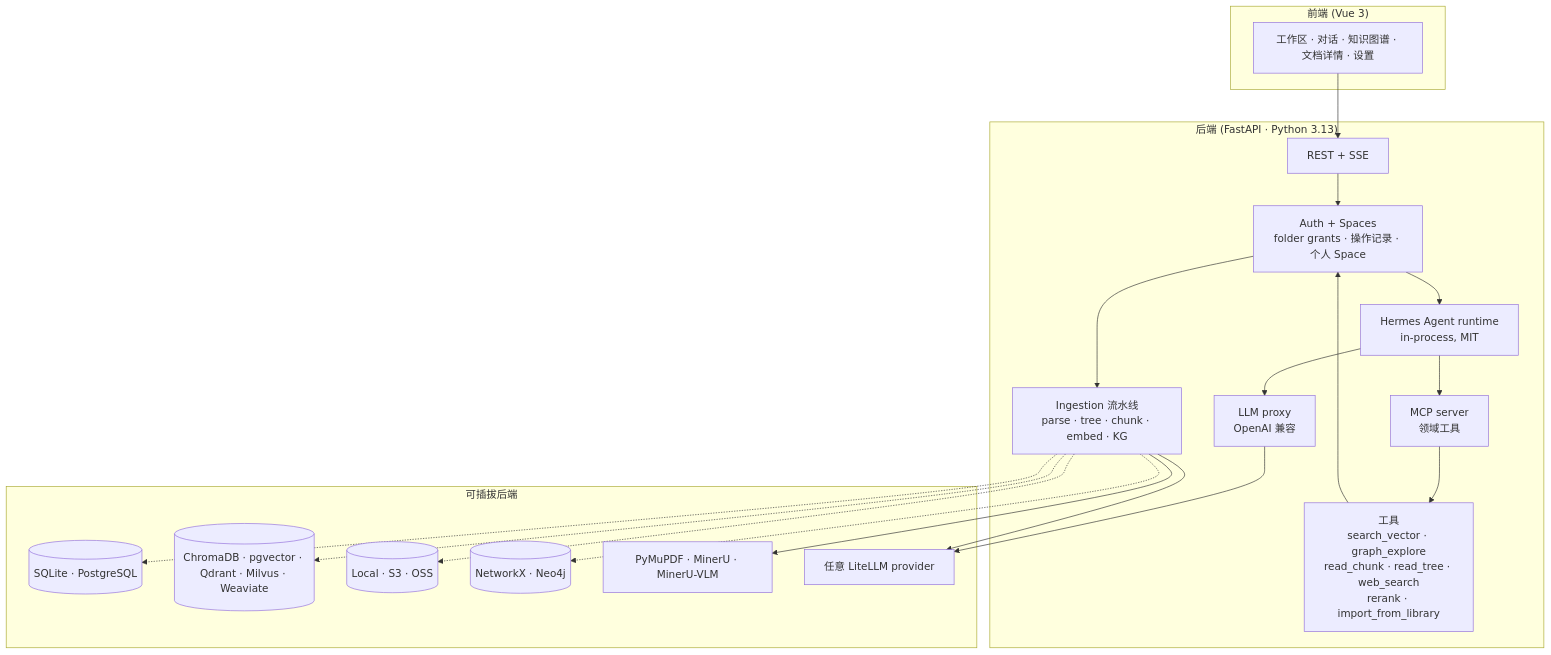
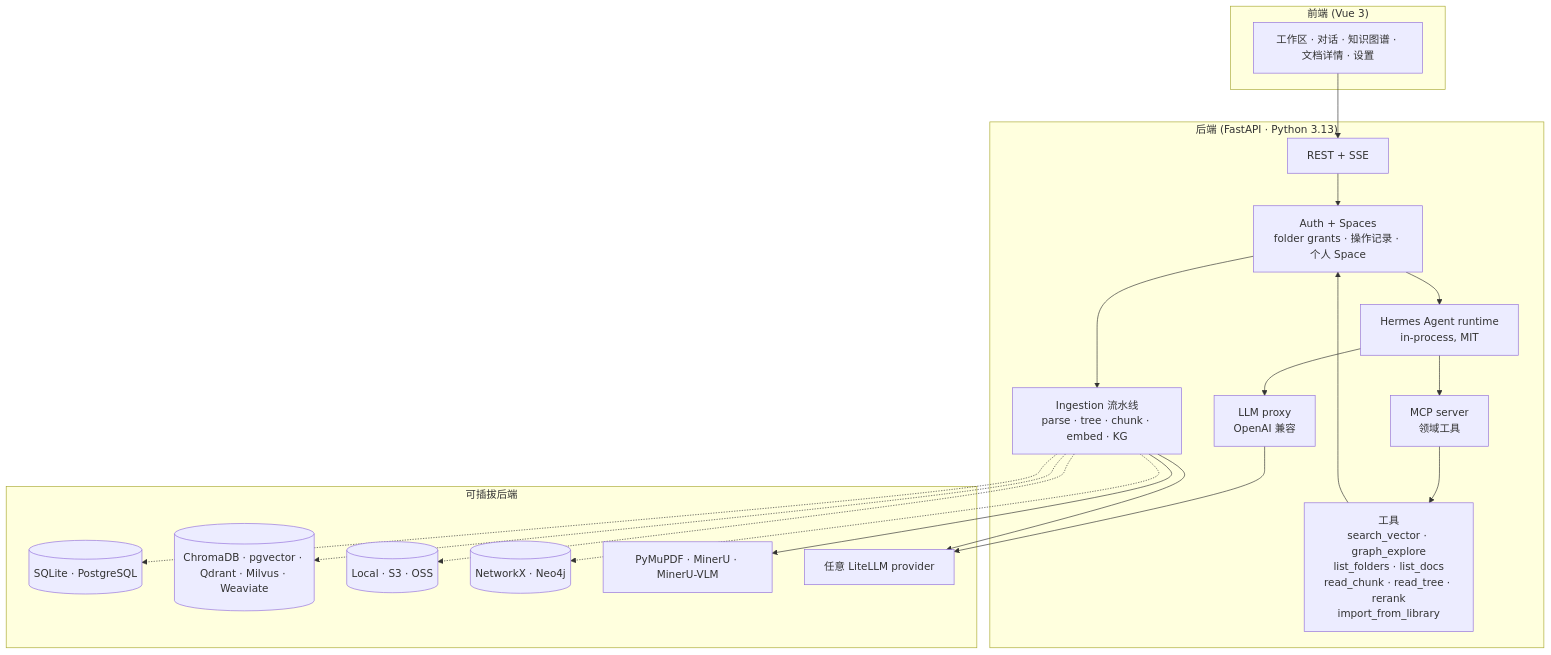
The second of 2 diagrams in README_CN.md (deeplethe/ForgeRAG), drawn with Mermaid before and after one commit. The commit also changed other lines of this file and 6 other files, not shown here.

````diff
--- a/README_CN.md
+++ b/README_CN.md
@@ -168,35 +176,35 @@
 ```mermaid
 flowchart TB
     subgraph "前端 (Vue 3)"
         UI[工作区 · 对话 · 知识图谱 · 文档详情 · 设置]
     end
     subgraph "后端 (FastAPI · Python 3.13)"
         API[REST + SSE]
         AGENT[Hermes Agent runtime<br/>in-process, MIT]
         MCP[MCP server<br/>领域工具]
         LLMP[LLM proxy<br/>OpenAI 兼容]
         ING[Ingestion 流水线<br/>parse · tree · chunk · embed · KG]
-        TOOLS[工具<br/>search_vector · graph_explore<br/>read_chunk · read_tree · web_search<br/>rerank · import_from_library]
+        TOOLS[工具<br/>search_vector · graph_explore<br/>list_folders · list_docs<br/>read_chunk · read_tree · rerank<br/>import_from_library]
         AUTH[Auth + Spaces<br/>folder grants · 操作记录 · 个人 Space]
     end
     subgraph "可插拔后端"
         REL[(SQLite · PostgreSQL)]
         VEC[(ChromaDB · pgvector · Qdrant · Milvus · Weaviate)]
         BLOB[(Local · S3 · OSS)]
         KGS[(NetworkX · Neo4j)]
         PARSE[PyMuPDF · MinerU · MinerU-VLM]
         LLM[任意 LiteLLM provider]
     end
     UI --> API
     API --> AUTH
     AUTH --> AGENT
     AUTH --> ING
     AGENT --> MCP
     AGENT --> LLMP
     MCP --> TOOLS
     TOOLS --> AUTH
     LLMP --> LLM
     ING -.-> REL & VEC & BLOB & KGS
     ING --> PARSE
     ING --> LLM
 ```
````
